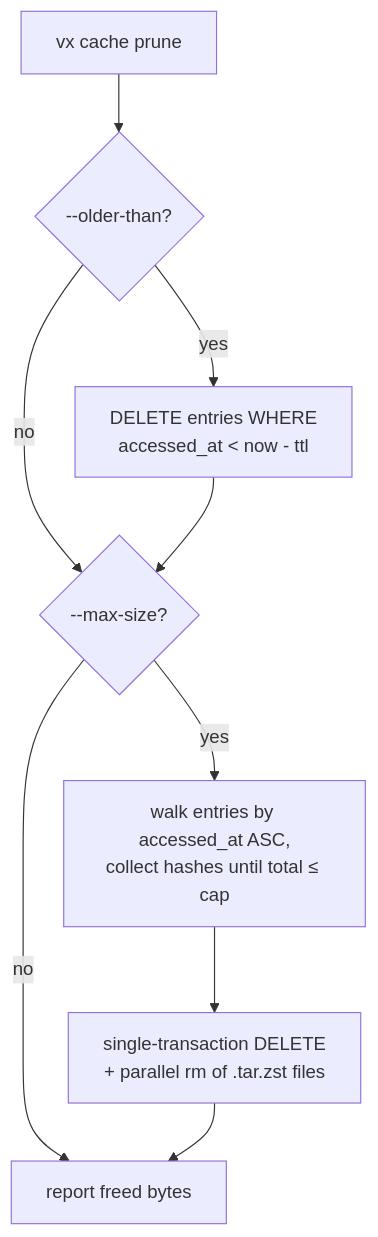
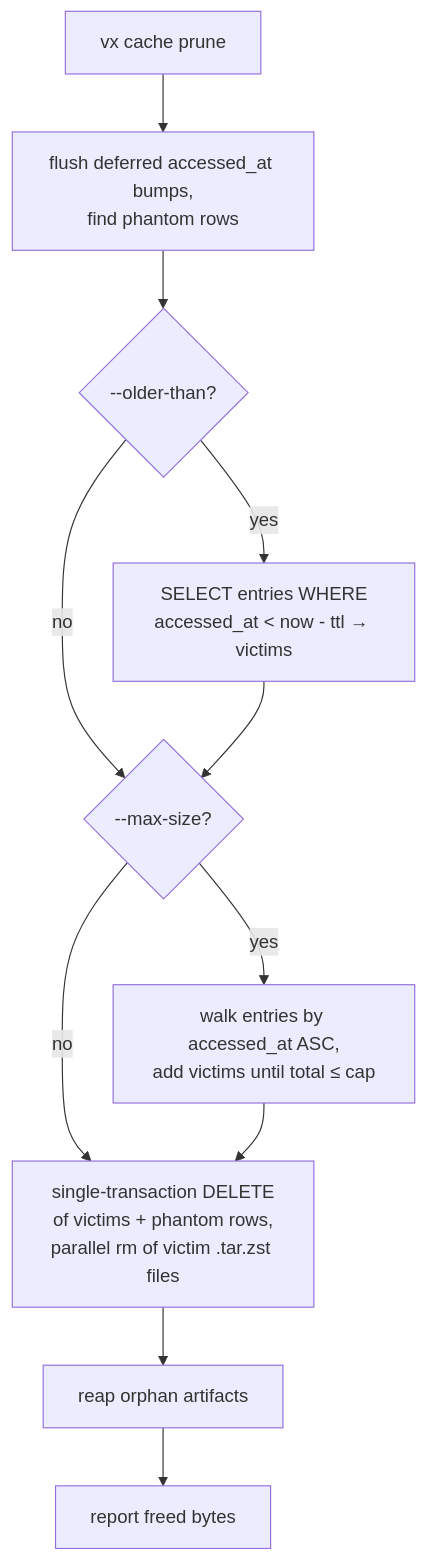
Before and after one commit to vznjs/vx: the ninth of 10 diagrams in packages/vx/docs/flows.md, drawn with Mermaid. The commit also changed other lines of this file and 2 other files, not shown here.

First line of the commit message:
Correct flows, patterns and optimizations against the code (J-6)

````diff
--- a/packages/vx/docs/flows.md
+++ b/packages/vx/docs/flows.md
@@ -244,11 +271,13 @@
 ```mermaid
 flowchart TD
-    A[vx cache prune] --> B{--older-than?}
-    B -->|yes| C[DELETE entries WHERE<br/>accessed_at < now - ttl]
+    A[vx cache prune] --> P[flush deferred accessed_at bumps,<br/>find phantom rows]
+    P --> B{--older-than?}
+    B -->|yes| C[SELECT entries WHERE<br/>accessed_at < now - ttl → victims]
     B -->|no| D
     C --> D{--max-size?}
-    D -->|yes| E[walk entries by accessed_at ASC,<br/>collect hashes until total ≤ cap]
-    D -->|no| G[report freed bytes]
-    E --> F[single-transaction DELETE<br/>+ parallel rm of .tar.zst files]
-    F --> G
+    D -->|yes| E[walk entries by accessed_at ASC,<br/>add victims until total ≤ cap]
+    D -->|no| F
+    E --> F[single-transaction DELETE<br/>of victims + phantom rows,<br/>parallel rm of victim .tar.zst files]
+    F --> O[reap orphan artifacts]
+    O --> G[report freed bytes]
 ```
````
